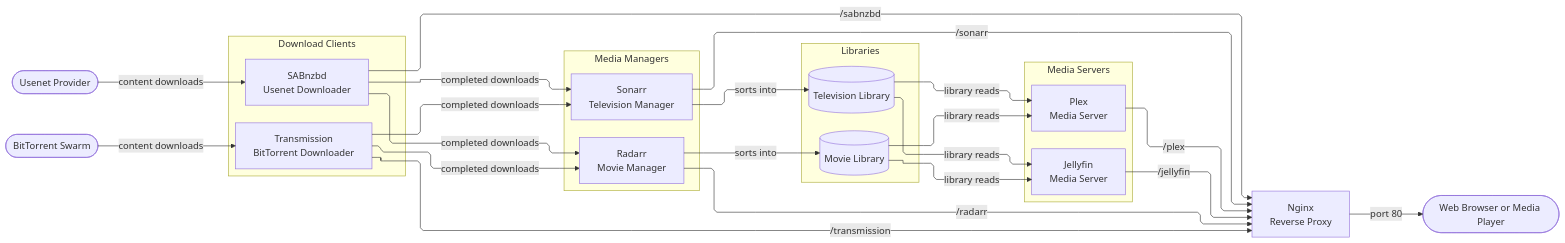
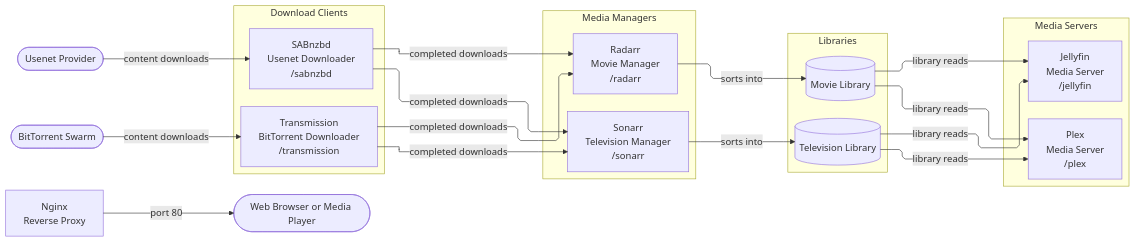
Before and after one commit to evinowen/bragi: the diagram in README.md, drawn with Mermaid.

Commit message:
Move proxy paths into service node labels instead of Nginx connectors

````diff
--- a/README.md
+++ b/README.md
@@ -20,54 +20,48 @@
 ```mermaid
 %%{init: {'flowchart': {'defaultRenderer': 'elk', 'curve': 'linear'}}}%%
 flowchart LR
     UP([Usenet Provider])
     BT_SRC([BitTorrent Swarm])
 
     subgraph downloaders[Download Clients]
         direction TB
-        SAB["SABnzbd<br>Usenet Downloader"]
-        TRN["Transmission<br>BitTorrent Downloader"]
+        SAB["SABnzbd<br>Usenet Downloader<br>/sabnzbd"]
+        TRN["Transmission<br>BitTorrent Downloader<br>/transmission"]
     end
 
     subgraph managers[Media Managers]
         direction TB
-        SON["Sonarr<br>Television Manager"]
-        RAD["Radarr<br>Movie Manager"]
+        SON["Sonarr<br>Television Manager<br>/sonarr"]
+        RAD["Radarr<br>Movie Manager<br>/radarr"]
     end
 
     subgraph libraries[Libraries]
         direction TB
         TL[(Television Library)]
         ML[(Movie Library)]
     end
 
     subgraph servers[Media Servers]
         direction TB
-        JF["Jellyfin<br>Media Server"]
-        PL["Plex<br>Media Server"]
+        JF["Jellyfin<br>Media Server<br>/jellyfin"]
+        PL["Plex<br>Media Server<br>/plex"]
     end
 
     NGX["Nginx<br>Reverse Proxy"]
     CLIENT([Web Browser or Media Player])
 
     UP -->|content downloads| SAB
     BT_SRC -->|content downloads| TRN
     SAB -->|completed downloads| SON
     SAB -->|completed downloads| RAD
     TRN -->|completed downloads| SON
     TRN -->|completed downloads| RAD
     SON -->|sorts into| TL
     RAD -->|sorts into| ML
     TL -->|library reads| JF
     ML -->|library reads| JF
     TL -->|library reads| PL
     ML -->|library reads| PL
 
-    SAB -->|/sabnzbd| NGX
-    TRN -->|/transmission| NGX
-    SON -->|/sonarr| NGX
-    RAD -->|/radarr| NGX
-    JF -->|/jellyfin| NGX
-    PL -->|/plex| NGX
     NGX -->|port 80| CLIENT
 ```
````
